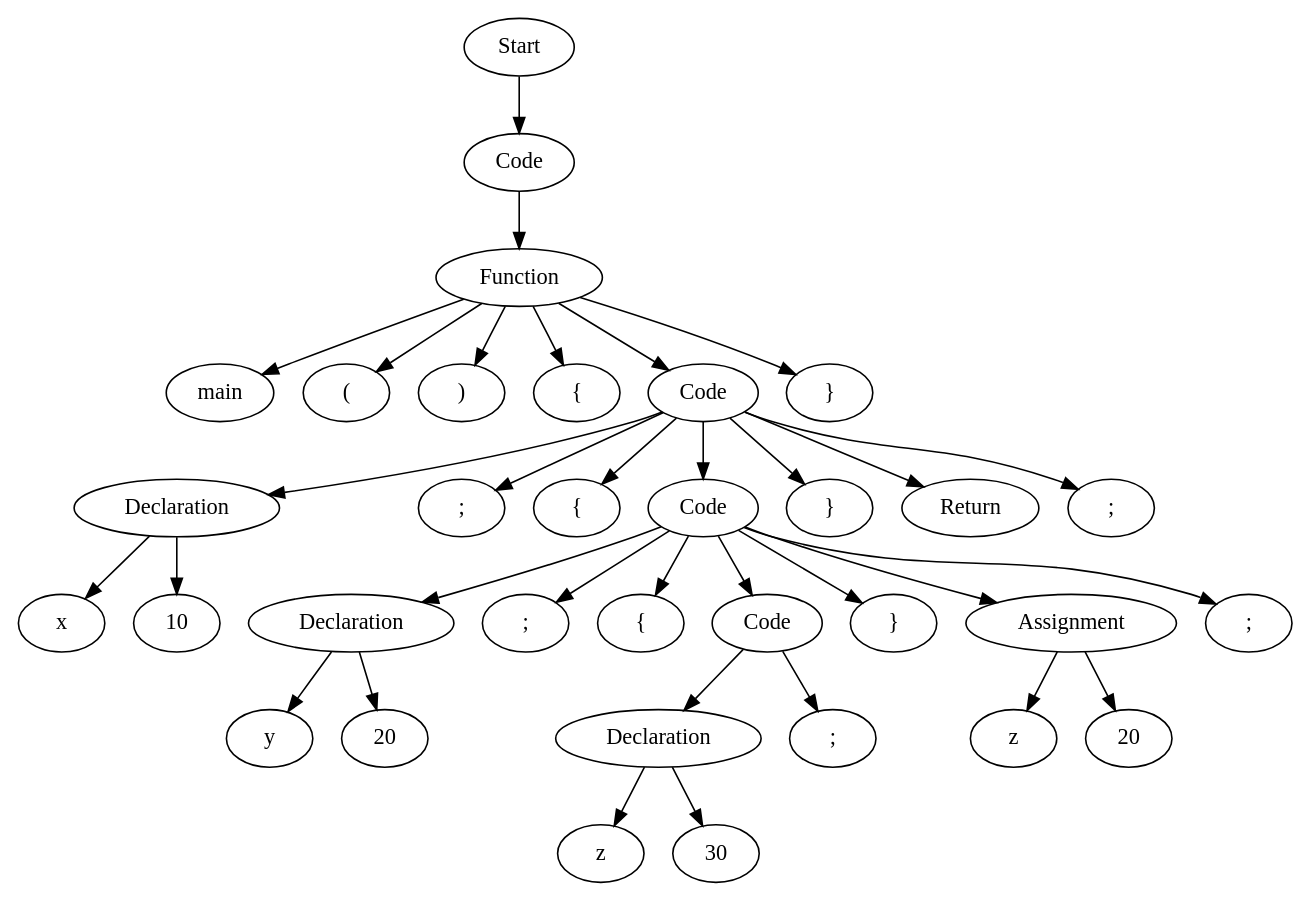
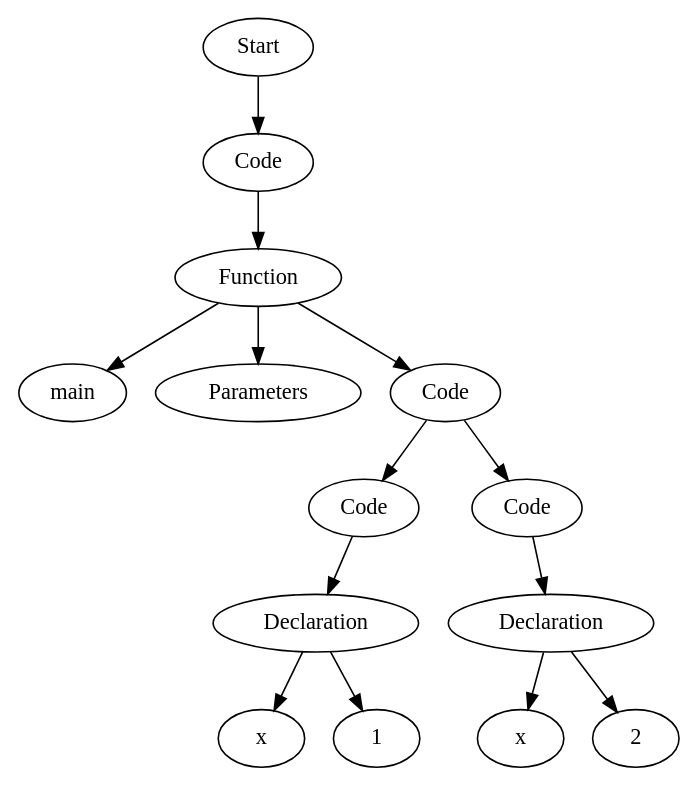
The diagram in TestCases/ASTTests/SemanticErrorsTests/CreateTests/read_file_before.dot (Are-you-listening/Compilers), drawn with Graphviz before and after one commit. The commit also changed 254 other files, not shown here.

```diff
--- a/TestCases/ASTTests/SemanticErrorsTests/CreateTests/read_file_before.dot
+++ b/TestCases/ASTTests/SemanticErrorsTests/CreateTests/read_file_before.dot
@@ -1,67 +1,29 @@
 digraph AST {
-  "1990978677216" [label="Start"];
-  "1990978677216" -> "1990978676304";
-  "1990978676304" [label="Code"];
-  "1990978676304" -> "1990978674864";
-  "1990978674864" [label="Function"];
-  "1990978674864" -> "1990978672272";
-  "1990978674864" -> "1990978681056";
-  "1990978674864" -> "1990978681872";
-  "1990978674864" -> "1990978670352";
-  "1990978674864" -> "1990978681536";
-  "1990978674864" -> "1990978680096";
-  "1990978672272" [label="main"];
-  "1990978681056" [label="("];
-  "1990978681872" [label=")"];
-  "1990978670352" [label="{"];
-  "1990978681536" [label="Code"];
-  "1990978681536" -> "1990978680048";
-  "1990978681536" -> "1990978679904";
-  "1990978681536" -> "1990978682352";
-  "1990978681536" -> "1990978681584";
-  "1990978681536" -> "1990978677888";
-  "1990978681536" -> "1990978678608";
-  "1990978681536" -> "1990978678224";
-  "1990978680048" [label="Declaration"];
-  "1990978680048" -> "1990978671984";
-  "1990978680048" -> "1990978678032";
-  "1990978671984" [label="x"];
-  "1990978678032" [label="10"];
-  "1990978679904" [label=";"];
-  "1990978682352" [label="{"];
-  "1990978681584" [label="Code"];
-  "1990978681584" -> "1990978678944";
-  "1990978681584" -> "1990978670880";
-  "1990978681584" -> "1990978672752";
-  "1990978681584" -> "1990978678368";
-  "1990978681584" -> "1990978676064";
-  "1990978681584" -> "1990978674048";
-  "1990978681584" -> "1990978677696";
-  "1990978678944" [label="Declaration"];
-  "1990978678944" -> "1990978675872";
-  "1990978678944" -> "1990978679424";
-  "1990978675872" [label="y"];
-  "1990978679424" [label="20"];
-  "1990978670880" [label=";"];
-  "1990978672752" [label="{"];
-  "1990978678368" [label="Code"];
-  "1990978678368" -> "1990978675584";
-  "1990978678368" -> "1990978681632";
-  "1990978675584" [label="Declaration"];
-  "1990978675584" -> "1990978677312";
-  "1990978675584" -> "1990978680000";
-  "1990978677312" [label="z"];
-  "1990978680000" [label="30"];
-  "1990978681632" [label=";"];
-  "1990978676064" [label="}"];
-  "1990978674048" [label="Assignment"];
-  "1990978674048" -> "1990978677648";
-  "1990978674048" -> "1990978677360";
-  "1990978677648" [label="z"];
-  "1990978677360" [label="20"];
-  "1990978677696" [label=";"];
-  "1990978677888" [label="}"];
-  "1990978678608" [label="Return"];
-  "1990978678224" [label=";"];
-  "1990978680096" [label="}"];
+  "131288296586304" [label="Start"];
+  "131288296586304" -> "131288296585248";
+  "131288296585248" [label="Code"];
+  "131288296585248" -> "131288296584240";
+  "131288296584240" [label="Function"];
+  "131288296584240" -> "131288296573824";
+  "131288296584240" -> "131288296587072";
+  "131288296584240" -> "131288296582608";
+  "131288296573824" [label="main"];
+  "131288296587072" [label="Parameters"];
+  "131288296582608" [label="Code"];
+  "131288296582608" -> "131288296585728";
+  "131288296582608" -> "131288296577424";
+  "131288296585728" [label="Code"];
+  "131288296585728" -> "131288296586400";
+  "131288296586400" [label="Declaration"];
+  "131288296586400" -> "131288296575552";
+  "131288296586400" -> "131288296585968";
+  "131288296575552" [label="x"];
+  "131288296585968" [label="1"];
+  "131288296577424" [label="Code"];
+  "131288296577424" -> "131288296583520";
+  "131288296583520" [label="Declaration"];
+  "131288296583520" -> "131288296585344";
+  "131288296583520" -> "131288296576224";
+  "131288296585344" [label="x"];
+  "131288296576224" [label="2"];
 }
```
